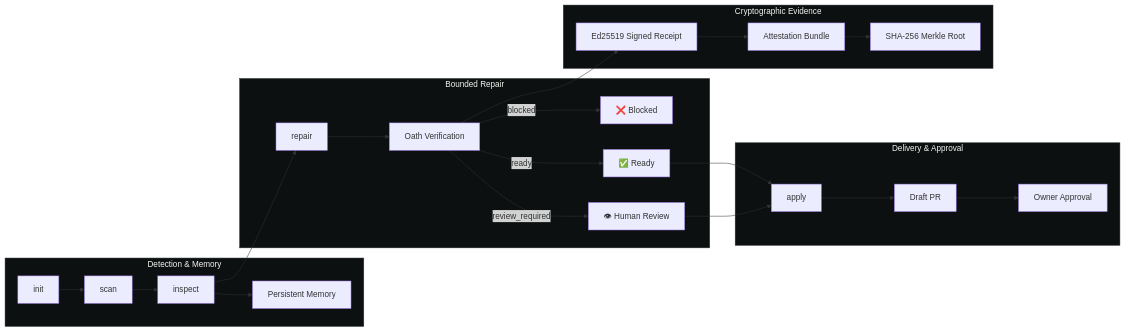
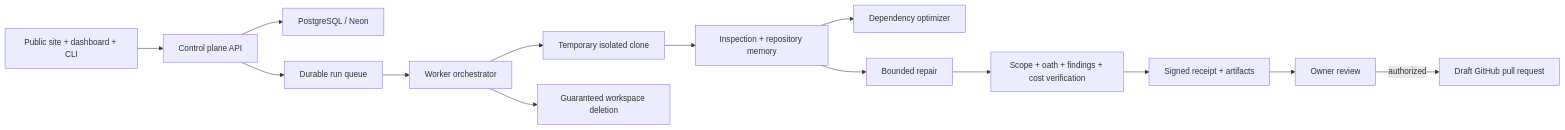
Before and after one commit to sariserhan/softwareoath: the diagram in README.md, drawn with Mermaid. The commit also changed other lines of this file, not shown here.

Commit message:
Rewrite README around the Software Oath product

````diff
--- a/README.md
+++ b/README.md
@@ -17,34 +204,16 @@
-```mermaid
+~~~mermaid
 flowchart LR
-    subgraph Detection["Detection & Memory"]
-        INIT["init"] --> SCAN["scan"]
-        SCAN --> INSPECT["inspect"]
-        INSPECT --> MEMORY["Persistent Memory"]
-    end
-
-    subgraph Repair["Bounded Repair"]
-        INSPECT --> REPAIR["repair"]
-        REPAIR --> VERIFY["Oath Verification"]
-        VERIFY -->|blocked| BLOCK["❌ Blocked"]
-        VERIFY -->|review_required| REVIEW["👁 Human Review"]
-        VERIFY -->|ready| READY["✅ Ready"]
-    end
-
-    subgraph Delivery["Delivery & Approval"]
-        READY --> APPLY["apply"]
-        REVIEW --> APPLY
-        APPLY --> PR["Draft PR"]
-        PR --> OWNER["Owner Approval"]
-    end
-
-    subgraph Evidence["Cryptographic Evidence"]
-        VERIFY --> RECEIPT["Ed25519 Signed Receipt"]
-        RECEIPT --> BUNDLE["Attestation Bundle"]
-        BUNDLE --> MERKLE["SHA-256 Merkle Root"]
-    end
-
-    style Detection fill:#0d1011,stroke:#292f30,color:#f3f4ef
-    style Repair fill:#0d1011,stroke:#292f30,color:#f3f4ef
-    style Delivery fill:#0d1011,stroke:#292f30,color:#f3f4ef
-    style Evidence fill:#0d1011,stroke:#292f30,color:#f3f4ef
-```
+    UI["Public site + dashboard + CLI"] --> API["Control plane API"]
+    API --> DB["PostgreSQL / Neon"]
+    API --> QUEUE["Durable run queue"]
+    QUEUE --> WORKER["Worker orchestrator"]
+    WORKER --> CLONE["Temporary isolated clone"]
+    CLONE --> MEMORY["Inspection + repository memory"]
+    MEMORY --> OPT["Dependency optimizer"]
+    MEMORY --> REPAIR["Bounded repair"]
+    REPAIR --> VERIFY["Scope + oath + findings + cost verification"]
+    VERIFY --> RECEIPT["Signed receipt + artifacts"]
+    RECEIPT --> REVIEW["Owner review"]
+    REVIEW -->|authorized| PR["Draft GitHub pull request"]
+    WORKER --> CLEANUP["Guaranteed workspace deletion"]
+~~~
````
